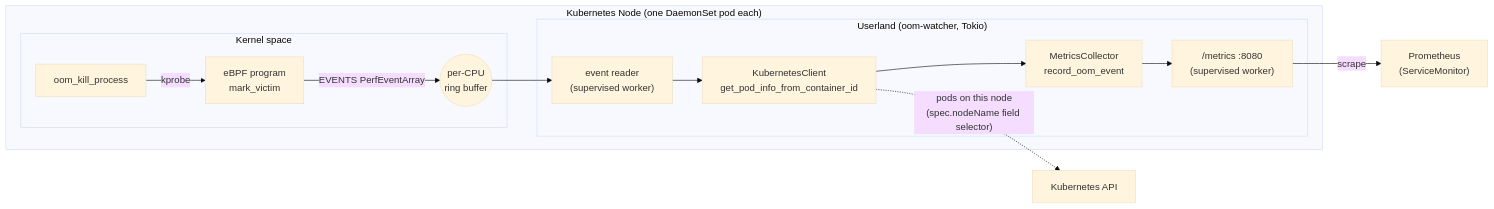
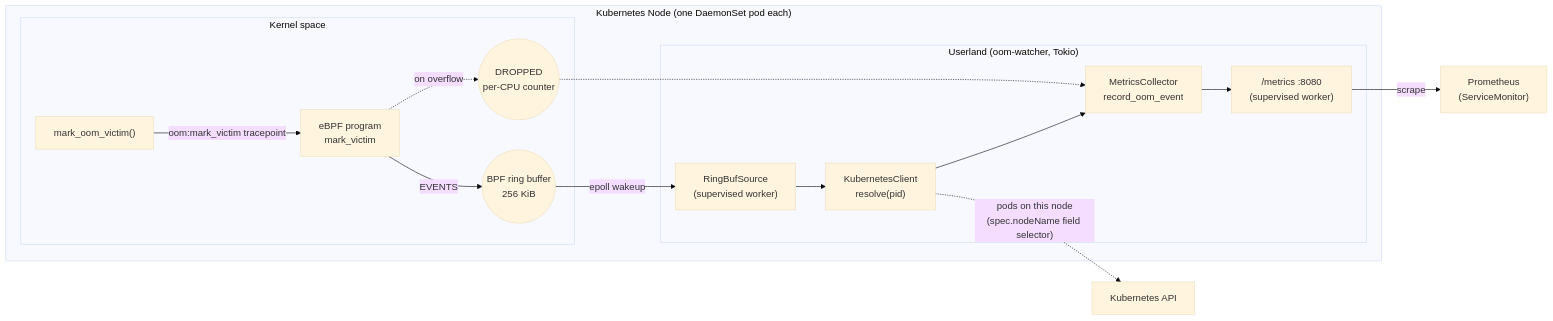
The diagram in README.md (Perun-Engineering/ebpf-oom-watcher), drawn with Mermaid (base theme) before and after one commit. The commit also changed other lines of this file and 17 other files, not shown here.

````diff
--- a/README.md
+++ b/README.md
@@ -135,17 +138,19 @@
 ```mermaid
 flowchart LR
     subgraph node["Kubernetes Node (one DaemonSet pod each)"]
         subgraph kernel["Kernel space"]
-            K["oom_kill_process"] -->|kprobe| E["eBPF program\nmark_victim"]
-            E -->|EVENTS PerfEventArray| B(("per-CPU\nring buffer"))
+            K["mark_oom_victim()"] -->|"oom:mark_victim tracepoint"| E["eBPF program\nmark_victim"]
+            E -->|EVENTS| B(("BPF ring buffer\n256 KiB"))
+            E -.->|"on overflow"| D(("DROPPED\nper-CPU counter"))
         end
         subgraph user["Userland (oom-watcher, Tokio)"]
-            B --> R["event reader\n(supervised worker)"]
-            R --> KC["KubernetesClient\nget_pod_info_from_container_id"]
+            B -->|epoll wakeup| R["RingBufSource\n(supervised worker)"]
+            R --> KC["KubernetesClient\nresolve(pid)"]
             KC --> M["MetricsCollector\nrecord_oom_event"]
             M --> H["/metrics :8080\n(supervised worker)"]
         end
     end
+    D -.-> M
     KC -.->|"pods on this node\n(spec.nodeName field selector)"| API["Kubernetes API"]
     H -->|scrape| P["Prometheus\n(ServiceMonitor)"]
 ```
````
